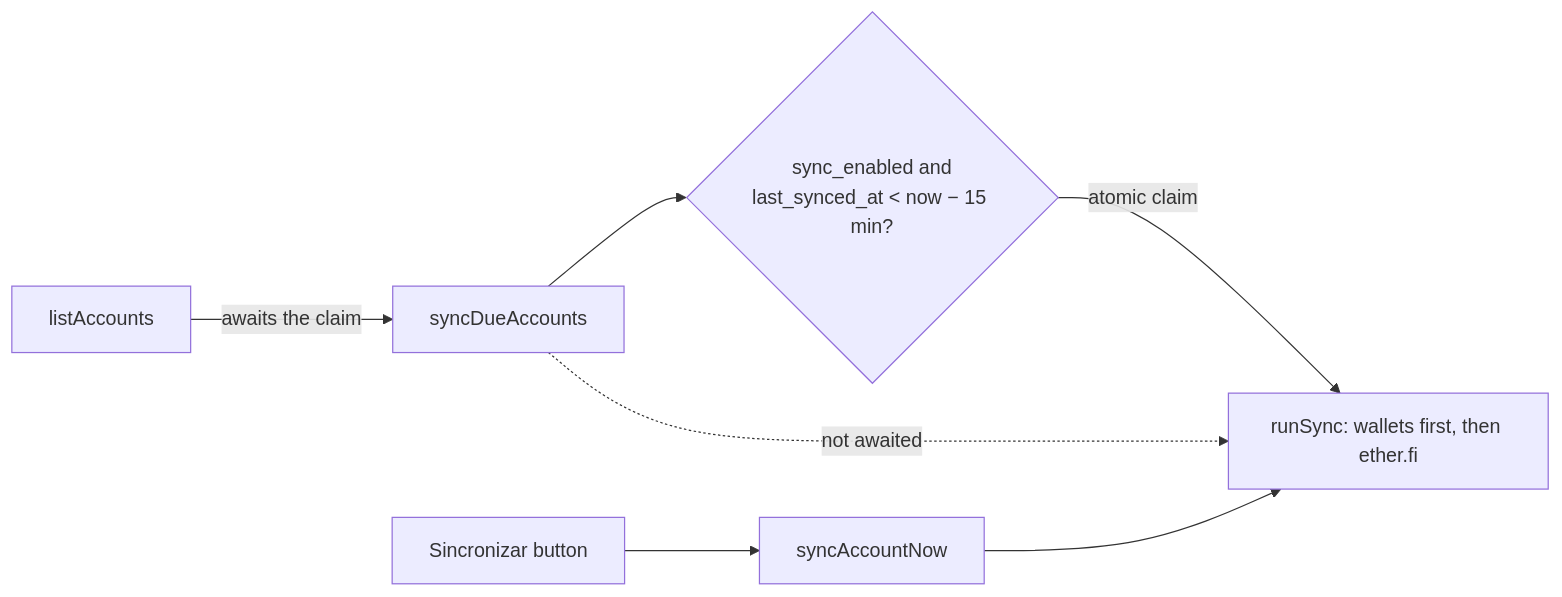
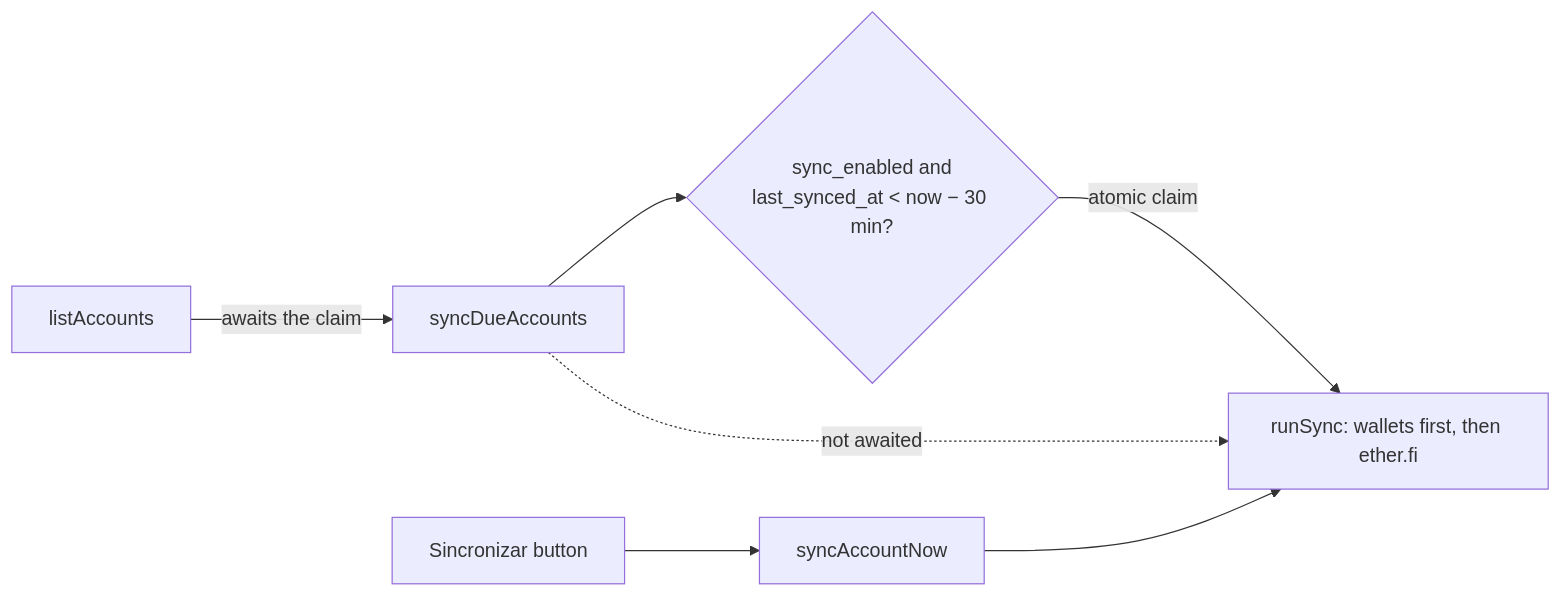
One commit to pikonha/grana changed the diagram in docs/crypto-sync.md. Above: the diagram before and after it, drawn with Mermaid. The commit also changed other lines of this file and 2 other files, not shown here.

First line of the commit message:
fix(sync): Base cai para explorer público no 402 e throttle de 30 min

````diff
--- a/docs/crypto-sync.md
+++ b/docs/crypto-sync.md
@@ -24,8 +24,8 @@
 ```mermaid
 flowchart LR
   A[listAccounts] -->|awaits the claim| C[syncDueAccounts]
-  C --> D{sync_enabled and\nlast_synced_at < now − 15 min?}
+  C --> D{sync_enabled and\nlast_synced_at < now − 30 min?}
   D -->|atomic claim| E[runSync: wallets first, then ether.fi]
   C -.->|not awaited| E
   F[Sincronizar button] --> G[syncAccountNow] --> E
 ```
````
